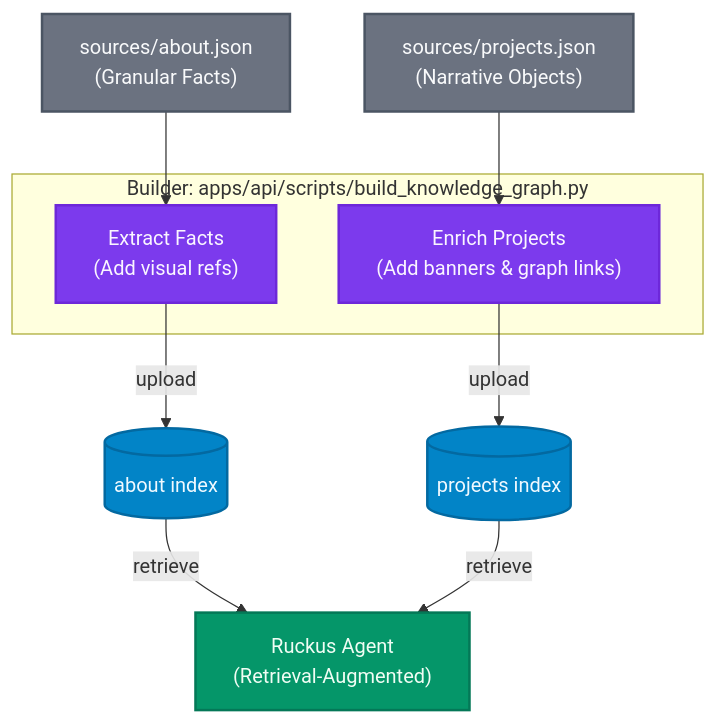
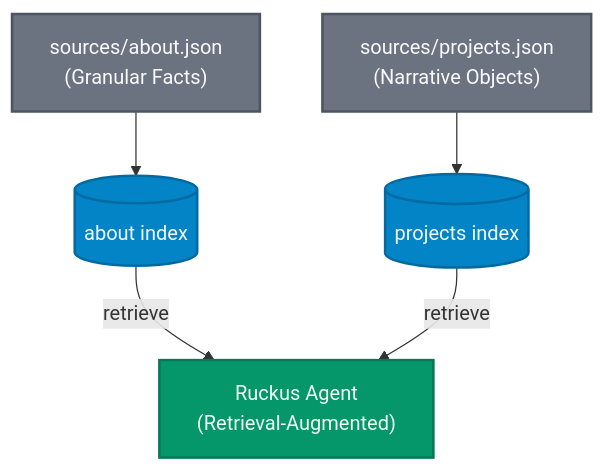
The diagram in apps/api/algolia/README.md (anchildress1/system-notes), drawn with Mermaid before and after one commit. The commit also changed other lines of this file and 10 other files, not shown here.

````diff
--- a/apps/api/algolia/README.md
+++ b/apps/api/algolia/README.md
@@ -44,35 +37,26 @@
 ```mermaid
 graph TB
     %% Data sources
     AboutJSON["sources/about.json<br/>(Granular Facts)"]:::source
     ProjectsJSON["sources/projects.json<br/>(Narrative Objects)"]:::source
-
-    %% The Builder
-    subgraph "Builder: apps/api/scripts/build_knowledge_graph.py"
-        EnrichProjects["Enrich Projects<br/>(Add banners & graph links)"]:::process
-        FactExtract["Extract Facts<br/>(Add visual refs)"]:::process
-    end
 
     %% Algolia indices
     AboutIndex[("about index")]:::index
     ProjectsIndex[("projects index")]:::index
 
     %% Retrieval
     Ruckus["Ruckus Agent<br/>(Retrieval-Augmented)"]:::agent
 
     %% Flow
-    ProjectsJSON --> EnrichProjects
-    AboutJSON --> FactExtract
-
-    EnrichProjects -->|upload| ProjectsIndex
-    FactExtract -->|upload| AboutIndex
+    ProjectsJSON --> ProjectsIndex
+    AboutJSON --> AboutIndex
 
     AboutIndex -->|retrieve| Ruckus
     ProjectsIndex -->|retrieve| Ruckus
 
     %% Styles
     classDef source fill:#6b7280,stroke:#4b5563,stroke-width:2px,color:#f9fafb
     classDef process fill:#7c3aed,stroke:#6d28d9,stroke-width:2px,color:#faf5ff
     classDef index fill:#0284c7,stroke:#0369a1,stroke-width:2px,color:#f0f9ff
     classDef agent fill:#059669,stroke:#047857,stroke-width:2px,color:#f0fdf4
 ```
````
